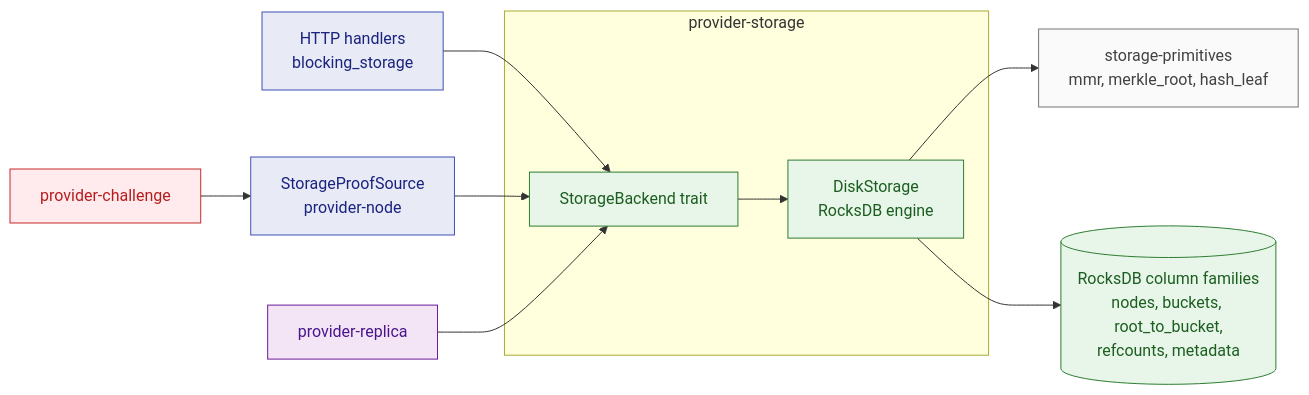
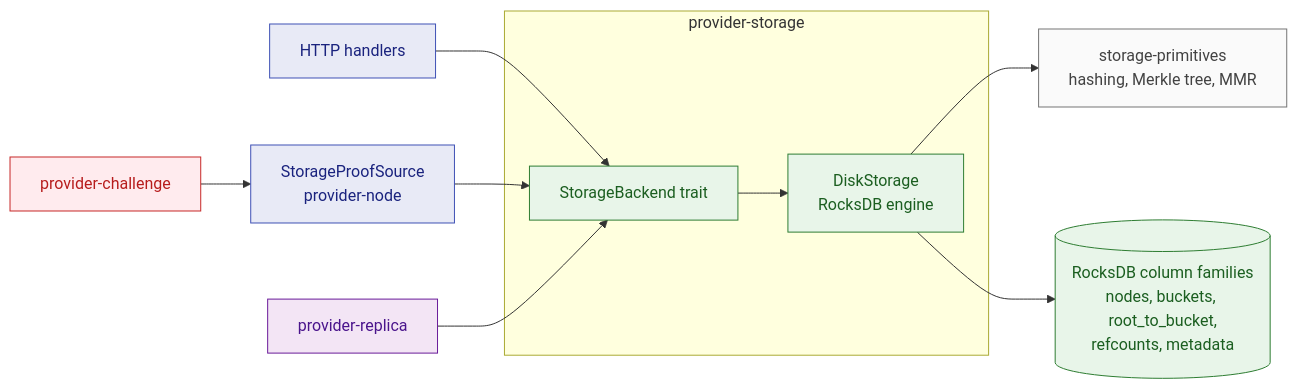
The first of 2 diagrams in docs/design/storage-provider-node/provider-storage.md (paritytech/web3-storage), drawn with Mermaid before and after one commit. The commit also changed other lines of this file and 7 other files, not shown here.

````diff
--- a/docs/design/storage-provider-node/provider-storage.md
+++ b/docs/design/storage-provider-node/provider-storage.md
@@ -11,32 +11,32 @@
 ```mermaid
 flowchart LR
     classDef providernode fill:#E8EAF6,stroke:#3F51B5,color:#1A237E
     classDef auth fill:#FFF3E0,stroke:#EF6C00,color:#E65100
     classDef challenge fill:#FFEBEE,stroke:#C62828,color:#B71C1C
     classDef coordinator fill:#E3F2FD,stroke:#1565C0,color:#0D47A1
     classDef replica fill:#F3E5F5,stroke:#6A1B9A,color:#4A148C
     classDef storage fill:#E8F5E9,stroke:#2E7D32,color:#1B5E20
     classDef chain fill:#ECEFF1,stroke:#455A64,color:#263238
     classDef external fill:#FAFAFA,stroke:#757575,color:#424242
 
-    api["HTTP handlers<br/>blocking_storage"]:::providernode
+    api["HTTP handlers"]:::providernode
     source["StorageProofSource<br/>provider-node"]:::providernode
     chal["provider-challenge"]:::challenge
     rep["provider-replica"]:::replica
-    prim["storage-primitives<br/>mmr, merkle_root, hash_leaf"]:::external
+    prim["storage-primitives<br/>hashing, Merkle tree, MMR"]:::external
 
     subgraph crate["provider-storage"]
         trait["StorageBackend trait"]:::storage
         disk["DiskStorage<br/>RocksDB engine"]:::storage
     end
 
     db[("RocksDB column families<br/>nodes, buckets, root_to_bucket,<br/>refcounts, metadata")]:::storage
 
     api --> trait
     source --> trait
     chal --> source
     rep --> trait
     trait --> disk
     disk --> prim
     disk --> db
 ```
````
